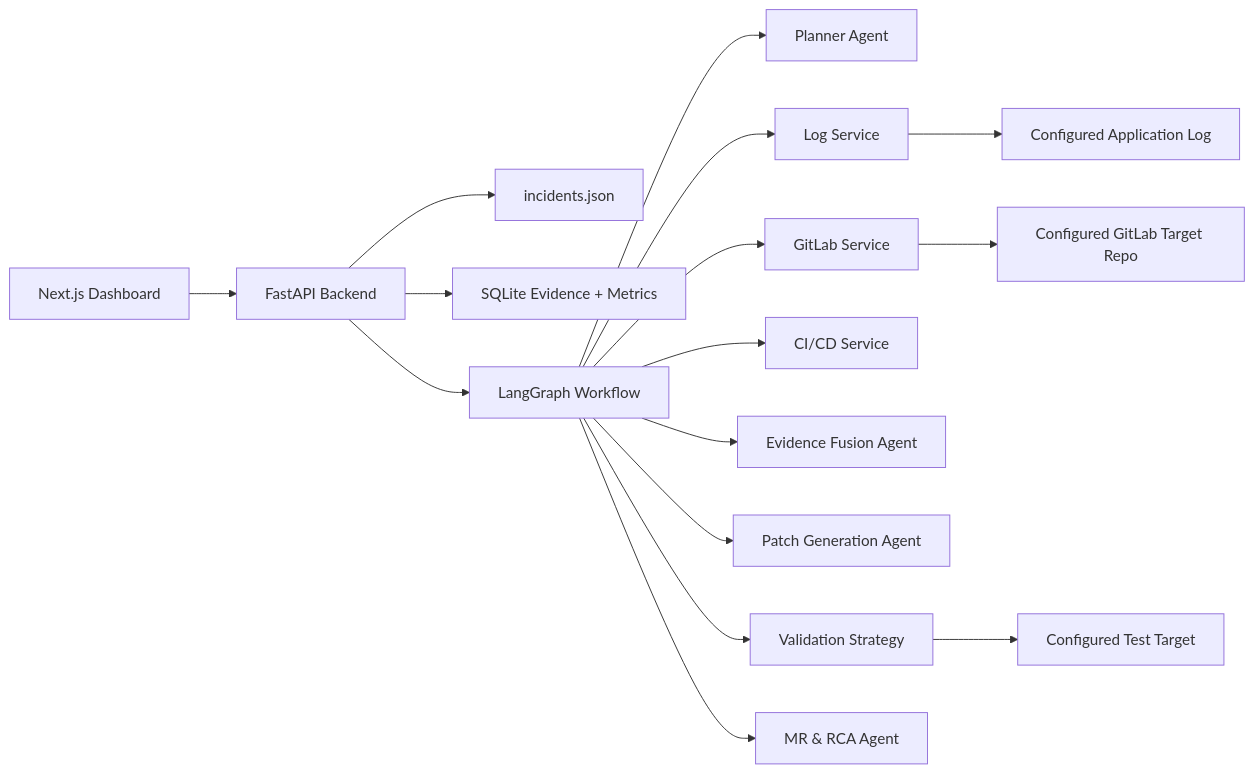
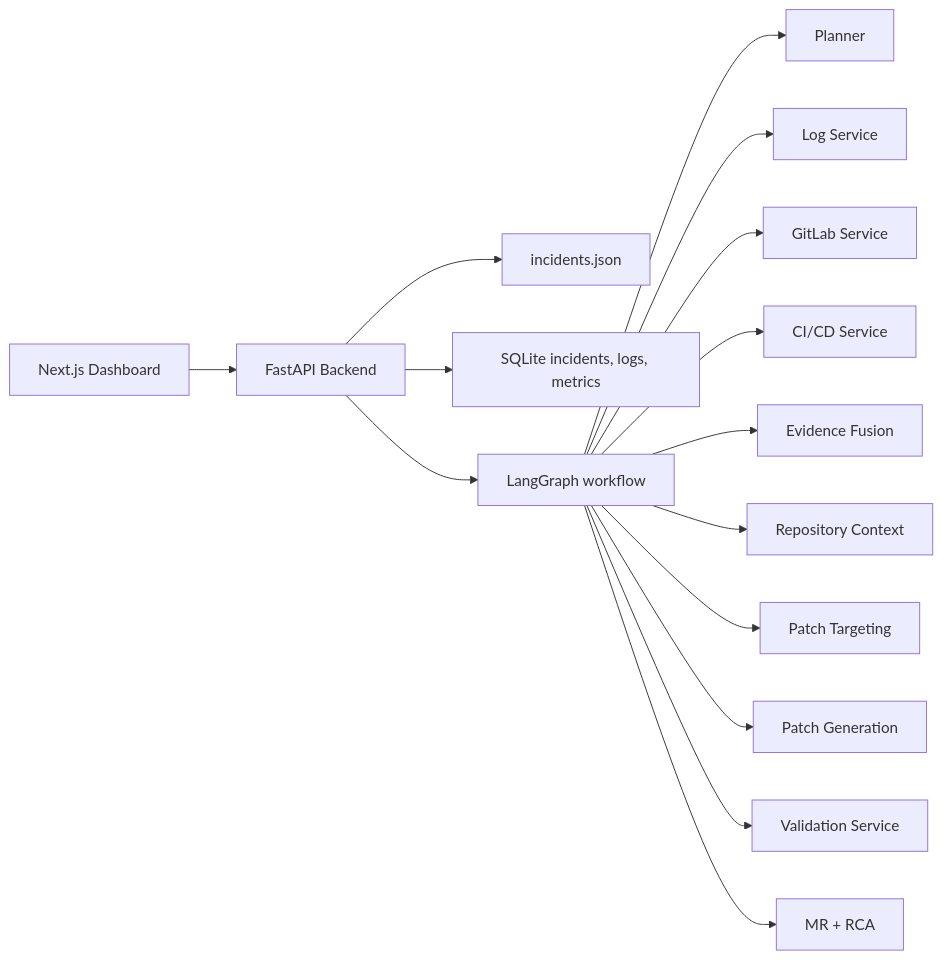
One commit to swankystark/IncidentOps-AI changed the second of 3 diagrams in docs/architecture.md. Above: the diagram before and after it, drawn with Mermaid. The commit also changed other lines of this file and 13 other files, not shown here.

````diff
--- a/docs/architecture.md
+++ b/docs/architecture.md
@@ -7,18 +37,17 @@
 ```mermaid
 flowchart LR
   UI["Next.js Dashboard"] --> API["FastAPI Backend"]
   API --> Registry["incidents.json"]
-  API --> DB["SQLite Evidence + Metrics"]
-  API --> Graph["LangGraph Workflow"]
-  Graph --> Planner["Planner Agent"]
-  Graph --> Logs["Log Service"]
+  API --> DB["SQLite incidents, logs, metrics"]
+  API --> Graph["LangGraph workflow"]
+  Graph --> Planner["Planner"]
+  Graph --> Log["Log Service"]
   Graph --> GitLab["GitLab Service"]
   Graph --> CICD["CI/CD Service"]
-  Graph --> Fusion["Evidence Fusion Agent"]
-  Graph --> Patch["Patch Generation Agent"]
-  Graph --> Validation["Validation Strategy"]
-  Graph --> MR["MR & RCA Agent"]
-  GitLab --> Target["Configured GitLab Target Repo"]
-  Logs --> RuntimeLog["Configured Application Log"]
-  Validation --> Tests["Configured Test Target"]
+  Graph --> Fusion["Evidence Fusion"]
+  Graph --> RepoContext["Repository Context"]
+  Graph --> PatchTarget["Patch Targeting"]
+  Graph --> PatchGen["Patch Generation"]
+  Graph --> Validation["Validation Service"]
+  Graph --> MR["MR + RCA"]
 ```
````
